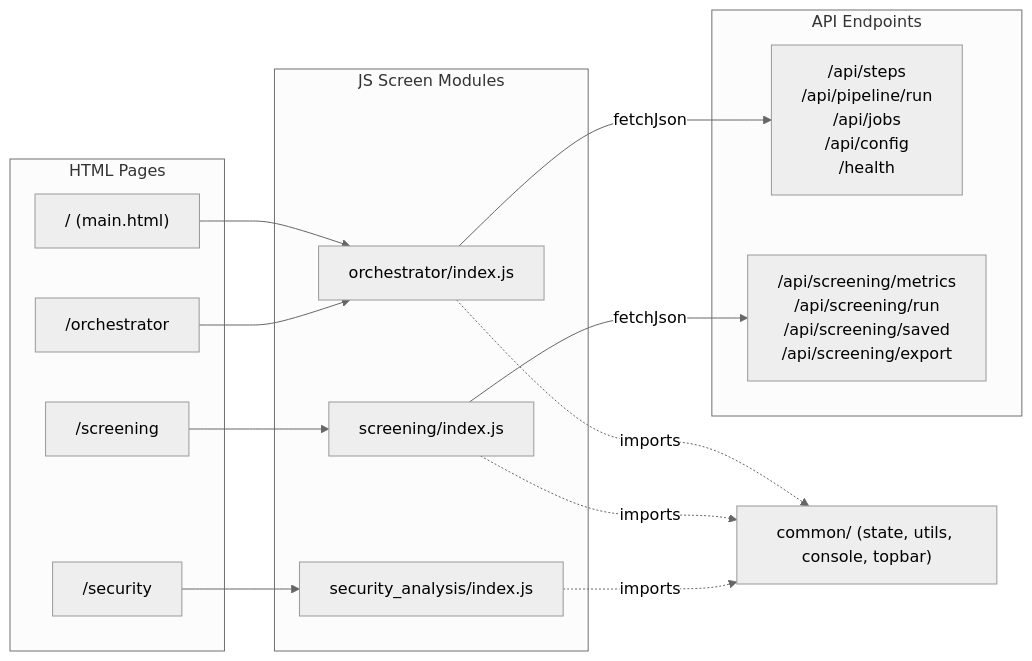
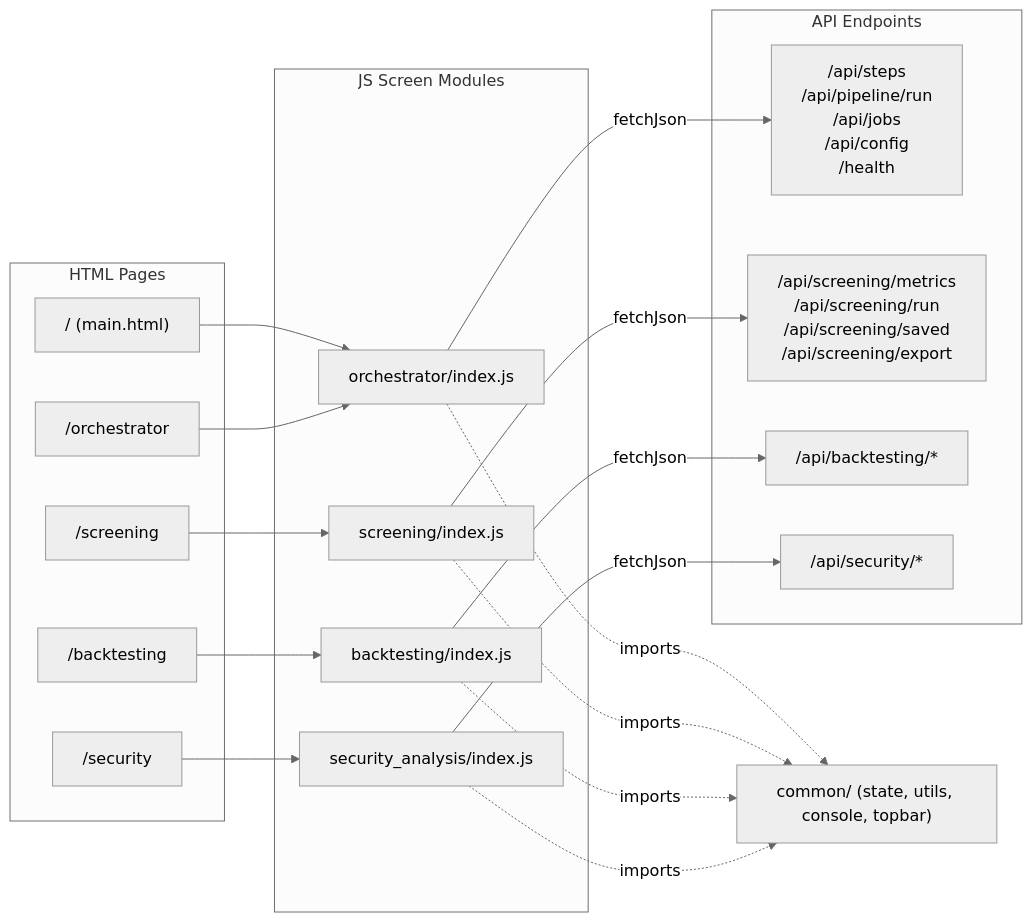
The diagram in docs/Frontend Architecture.md (TiagoDeMatosDias/EDINET), drawn with Mermaid (neutral theme) before and after one commit. The commit also changed other lines of this file and 8 other files, not shown here.

````diff
--- a/docs/Frontend Architecture.md
+++ b/docs/Frontend Architecture.md
@@ -11,32 +11,40 @@
 ```mermaid
 flowchart LR
     subgraph Pages["HTML Pages"]
         MAIN_P["/ (main.html)"]
         ORCH_P["/orchestrator"]
         SCR_P["/screening"]
+        BT_P["/backtesting"]
         SEC_P["/security"]
     end
 
     subgraph Modules["JS Screen Modules"]
         ORCH_MOD["orchestrator/index.js"]
         SCR_MOD["screening/index.js"]
+        BT_MOD["backtesting/index.js"]
         SEC_MOD["security_analysis/index.js"]
     end
 
     subgraph API["API Endpoints"]
         ORCH_API["/api/steps<br/>/api/pipeline/run<br/>/api/jobs<br/>/api/config<br/>/health"]
         SCR_API["/api/screening/metrics<br/>/api/screening/run<br/>/api/screening/saved<br/>/api/screening/export"]
+        BT_API["/api/backtesting/*"]
+        SEC_API["/api/security/*"]
     end
 
     MAIN_P --> ORCH_MOD
     ORCH_P --> ORCH_MOD
     SCR_P --> SCR_MOD
+    BT_P --> BT_MOD
     SEC_P --> SEC_MOD
 
     ORCH_MOD -->|"fetchJson"| ORCH_API
     SCR_MOD -->|"fetchJson"| SCR_API
+    BT_MOD -->|"fetchJson"| BT_API
+    SEC_MOD -->|"fetchJson"| SEC_API
 
     ORCH_MOD -.->|"imports"| common["common/ (state, utils, console, topbar)"]
     SCR_MOD -.->|"imports"| common
+    BT_MOD -.->|"imports"| common
     SEC_MOD -.->|"imports"| common
 ```
````
